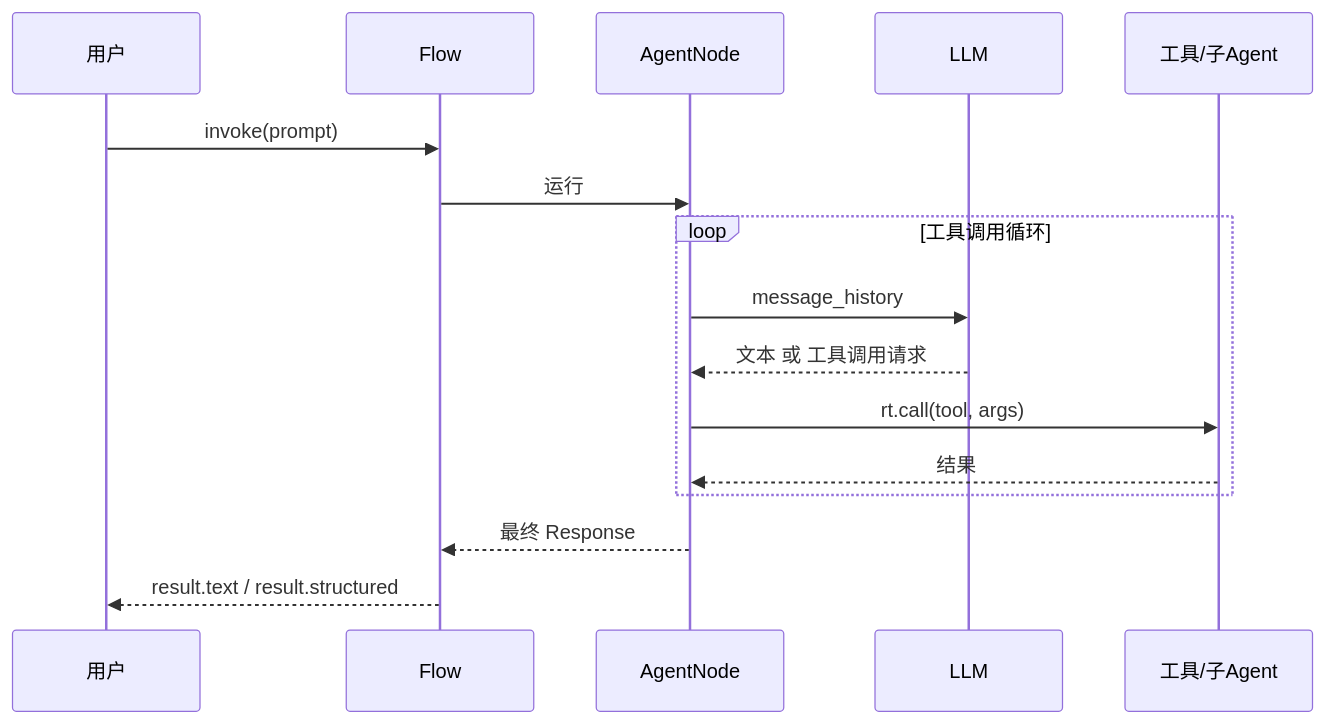
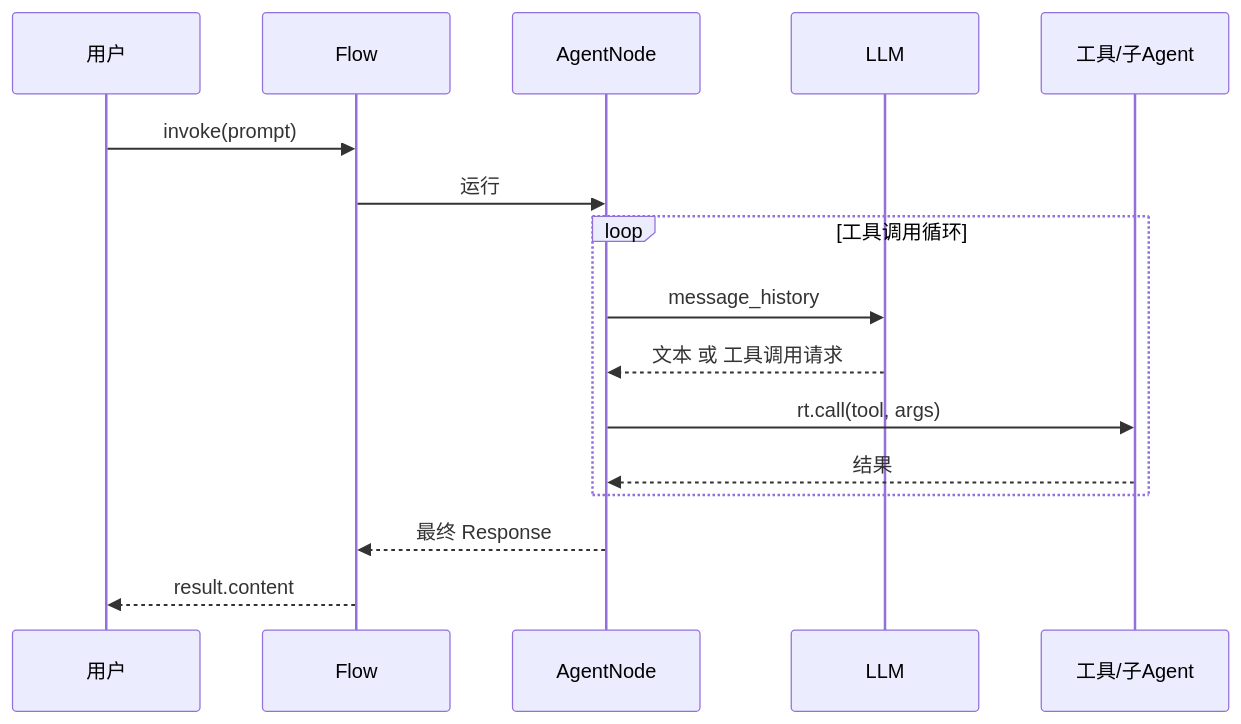
One commit to czm233/gitwire-vault changed the second of 6 diagrams in RailtownAI-railtracks/business-logic.md. Above: the diagram before and after it, drawn with Mermaid. The commit also changed other lines of this file and 10 other files, not shown here.

````diff
--- a/RailtownAI-railtracks/business-logic.md
+++ b/RailtownAI-railtracks/business-logic.md
@@ -23,18 +25,18 @@
 ```mermaid
 sequenceDiagram
     participant U as 用户
     participant F as Flow
     participant A as AgentNode
     participant M as LLM
     participant T as 工具/子Agent
     U->>F: invoke(prompt)
     F->>A: 运行
     loop 工具调用循环
         A->>M: message_history
         M-->>A: 文本 或 工具调用请求
         A->>T: rt.call(tool, args)
         T-->>A: 结果
     end
     A-->>F: 最终 Response
-    F-->>U: result.text / result.structured
+    F-->>U: result.content
 ```
````
